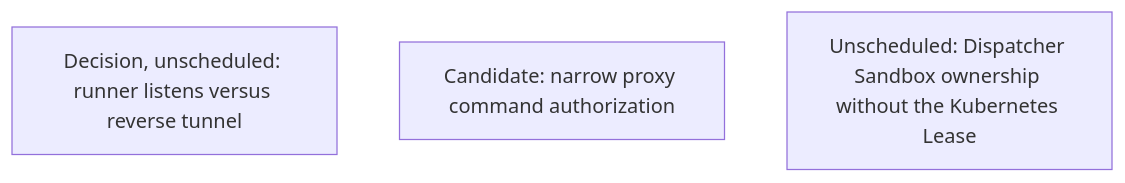
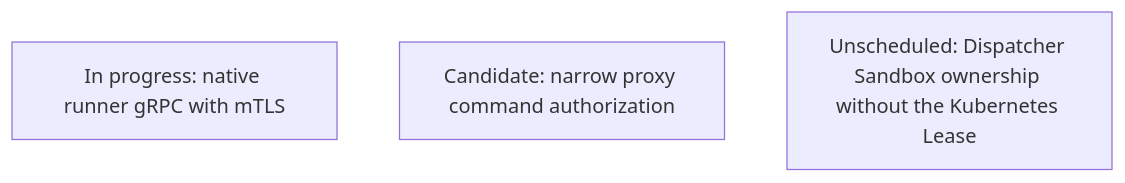
Before and after one commit to agentydragon-agent/ducktape: diagram 15 of 19 in agentplane/plans/task_dag.md, drawn with Mermaid. The commit also changed other lines of this file and 184 other files, not shown here.

````diff
--- a/agentplane/plans/task_dag.md
+++ b/agentplane/plans/task_dag.md
@@ -1553,6 +1553,6 @@
 ```mermaid
 flowchart TD
-    RUNNER_CONTROL_TRANSPORT_DESIGN[Decision, unscheduled: runner listens versus reverse tunnel]
+    RUNNER_CONTROL_TRANSPORT_DESIGN[In progress: native runner gRPC with mTLS]
     PROXY_START_METHODS_DISPATCHER_ONLY[Candidate: narrow proxy command authorization]
     DISPATCHER_OWNERSHIP_IN_POSTGRES[Unscheduled: Dispatcher Sandbox ownership without the Kubernetes Lease]
 ```
````
